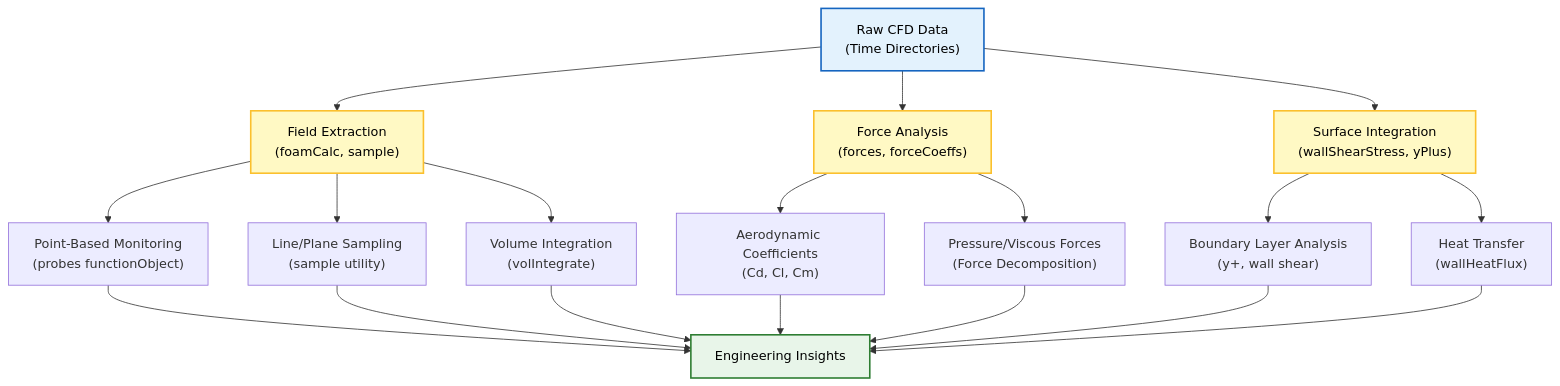
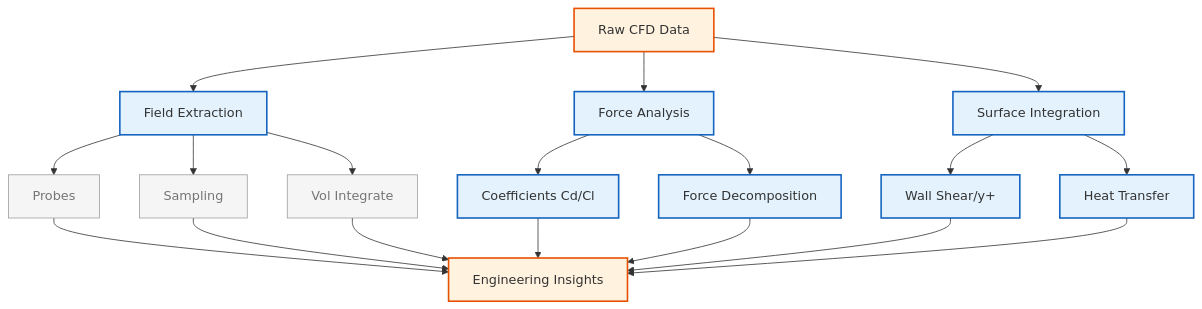
One commit to wramet/build-my-cfd changed the first of 3 diagrams in MODULE_07_UTILITIES_AUTOMATION/CONTENT/03_POST_PROCESSING/00_Overview.md. Above: the diagram before and after it, drawn with Mermaid. The commit also changed other lines of this file and 313 other files, not shown here.

Commit message:
Revise all diagram

````diff
--- a/MODULE_07_UTILITIES_AUTOMATION/CONTENT/03_POST_PROCESSING/00_Overview.md
+++ b/MODULE_07_UTILITIES_AUTOMATION/CONTENT/03_POST_PROCESSING/00_Overview.md
@@ -35,30 +35,29 @@
 ```mermaid
 graph TD
-    A["Raw CFD Data<br/>(Time Directories)"] --> B["Field Extraction<br/>(foamCalc, sample)"]
-    A --> C["Force Analysis<br/>(forces, forceCoeffs)"]
-    A --> D["Surface Integration<br/>(wallShearStress, yPlus)"]
+%% Classes
+classDef explicit fill:#fff3e0,stroke:#e65100,stroke-width:2px;
+classDef implicit fill:#e3f2fd,stroke:#1565c0,stroke-width:2px;
+classDef context fill:#f5f5f5,stroke:#9e9e9e,stroke-width:1px,color:#757575;
+%% Nodes
+A[Raw CFD Data]:::explicit --> B[Field Extraction]:::implicit
+A --> C[Force Analysis]:::implicit
+A --> D[Surface Integration]:::implicit
 
-    B --> E["Point-Based Monitoring<br/>(probes functionObject)"]
-    B --> F["Line/Plane Sampling<br/>(sample utility)"]
-    B --> G["Volume Integration<br/>(volIntegrate)"]
+B --> E[Probes]:::context
+B --> F[Sampling]:::context
+B --> G[Vol Integrate]:::context
 
-    C --> H["Aerodynamic Coefficients<br/>(Cd, Cl, Cm)"]
-    C --> I["Pressure/Viscous Forces<br/>(Force Decomposition)"]
+C --> H[Coefficients Cd/Cl]:::implicit
+C --> I[Force Decomposition]:::implicit
 
-    D --> J["Boundary Layer Analysis<br/>(y+, wall shear)"]
-    D --> K["Heat Transfer<br/>(wallHeatFlux)"]
+D --> J[Wall Shear/y+]:::implicit
+D --> K[Heat Transfer]:::implicit
 
-    E --> L["Engineering Insights"]
-    F --> L
-    G --> L
-    H --> L
-    I --> L
-    J --> L
-    K --> L
-
-    style A fill:#e3f2fd,stroke:#1565c0,stroke-width:2px,color:#000;
-    style B fill:#fff9c4,stroke:#fbc02d,stroke-width:2px,color:#000;
-    style C fill:#fff9c4,stroke:#fbc02d,stroke-width:2px,color:#000;
-    style D fill:#fff9c4,stroke:#fbc02d,stroke-width:2px,color:#000;
-    style L fill:#e8f5e9,stroke:#2e7d32,stroke-width:2px,color:#000;
+E --> L[Engineering Insights]:::explicit
+F --> L
+G --> L
+H --> L
+I --> L
+J --> L
+K --> L
 ```
````
